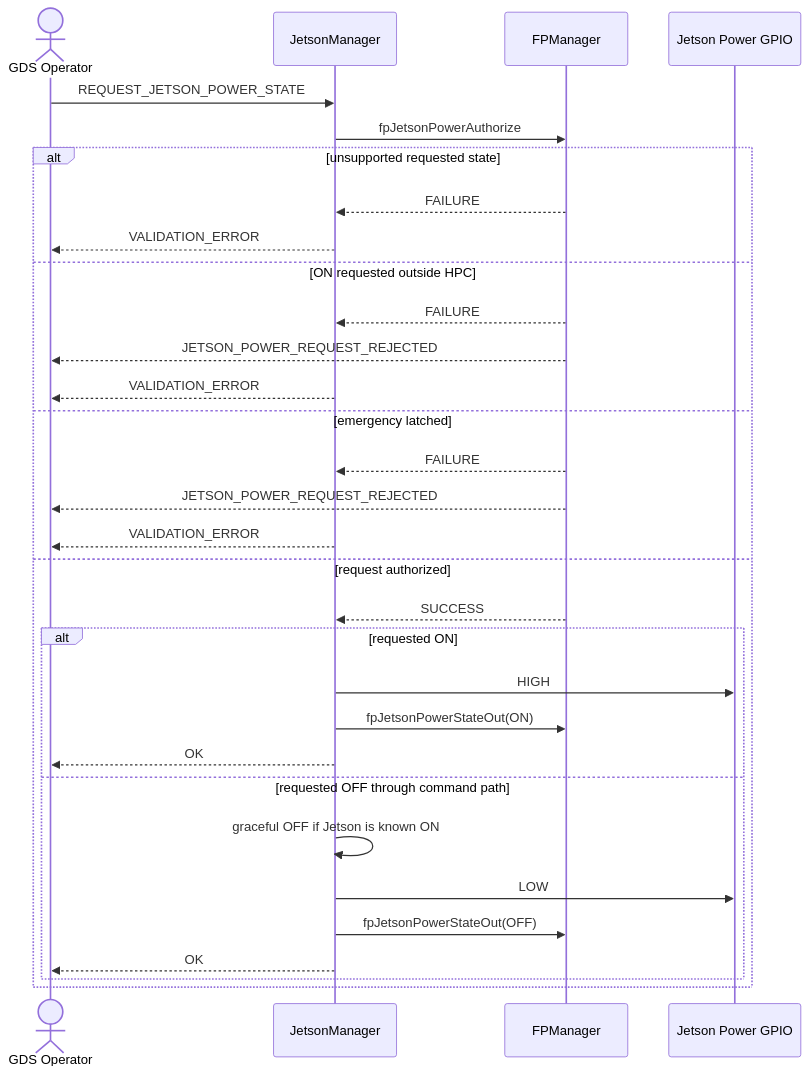
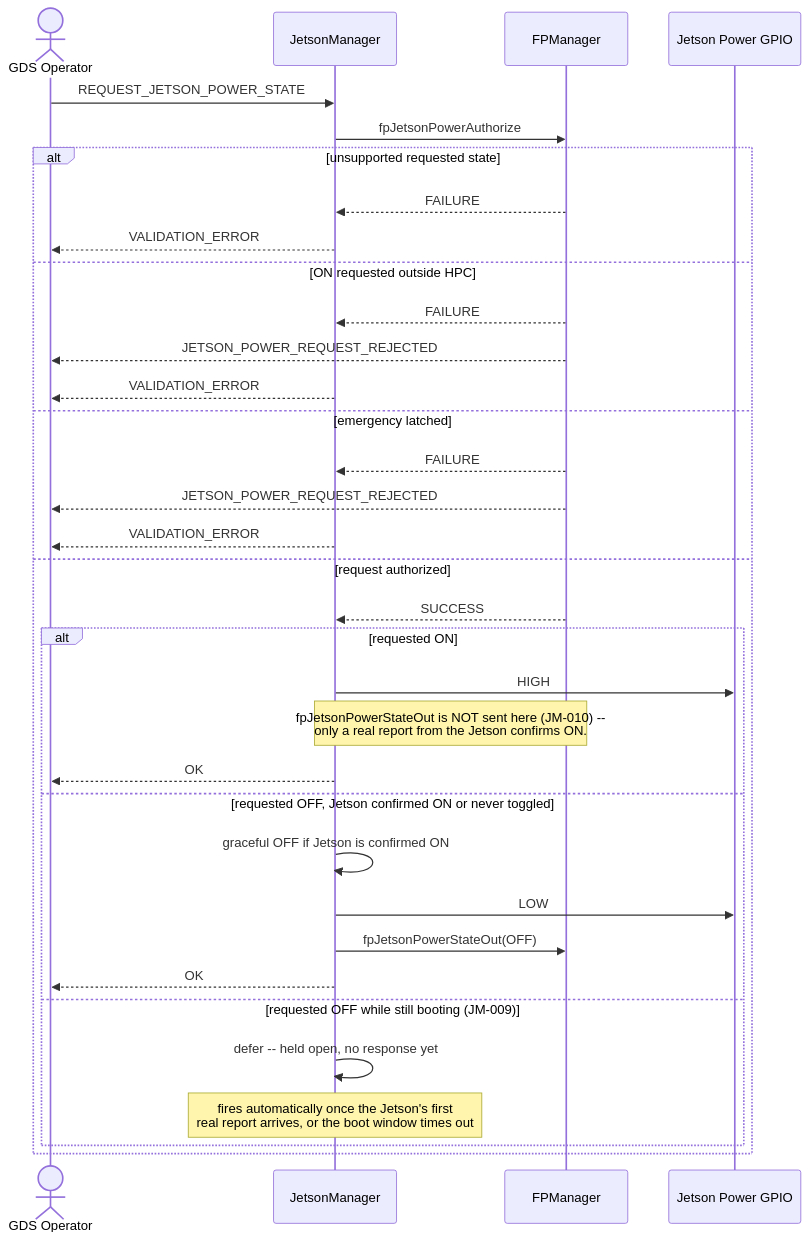
The fourth of 8 diagrams in scales/scalesSvc/FPManager/docs/sdd.md (BroncoSpace-Lab/fprime-scales), drawn with Mermaid before and after one commit. The commit also changed other lines of this file and 13 other files, not shown here.

````diff
--- a/scales/scalesSvc/FPManager/docs/sdd.md
+++ b/scales/scalesSvc/FPManager/docs/sdd.md
@@ -493,34 +514,37 @@
 ```mermaid
 sequenceDiagram
     actor Operator as GDS Operator
     participant JM as JetsonManager
     participant FPM as FPManager
     participant GPIO as Jetson Power GPIO
 
     Operator->>JM: REQUEST_JETSON_POWER_STATE
     JM->>FPM: fpJetsonPowerAuthorize
     alt unsupported requested state
         FPM-->>JM: FAILURE
         JM-->>Operator: VALIDATION_ERROR
     else ON requested outside HPC
         FPM-->>JM: FAILURE
         FPM-->>Operator: JETSON_POWER_REQUEST_REJECTED
         JM-->>Operator: VALIDATION_ERROR
     else emergency latched
         FPM-->>JM: FAILURE
         FPM-->>Operator: JETSON_POWER_REQUEST_REJECTED
         JM-->>Operator: VALIDATION_ERROR
     else request authorized
         FPM-->>JM: SUCCESS
         alt requested ON
             JM->>GPIO: HIGH
-            JM->>FPM: fpJetsonPowerStateOut(ON)
+            Note over JM,FPM: fpJetsonPowerStateOut is NOT sent here (JM-010) --<br>only a real report from the Jetson confirms ON.
             JM-->>Operator: OK
-        else requested OFF through command path
-            JM->>JM: graceful OFF if Jetson is known ON
+        else requested OFF, Jetson confirmed ON or never toggled
+            JM->>JM: graceful OFF if Jetson is confirmed ON
             JM->>GPIO: LOW
             JM->>FPM: fpJetsonPowerStateOut(OFF)
             JM-->>Operator: OK
+        else requested OFF while still booting (JM-009)
+            JM->>JM: defer -- held open, no response yet
+            Note over JM: fires automatically once the Jetson's first<br>real report arrives, or the boot window times out
         end
     end
 ```
````
